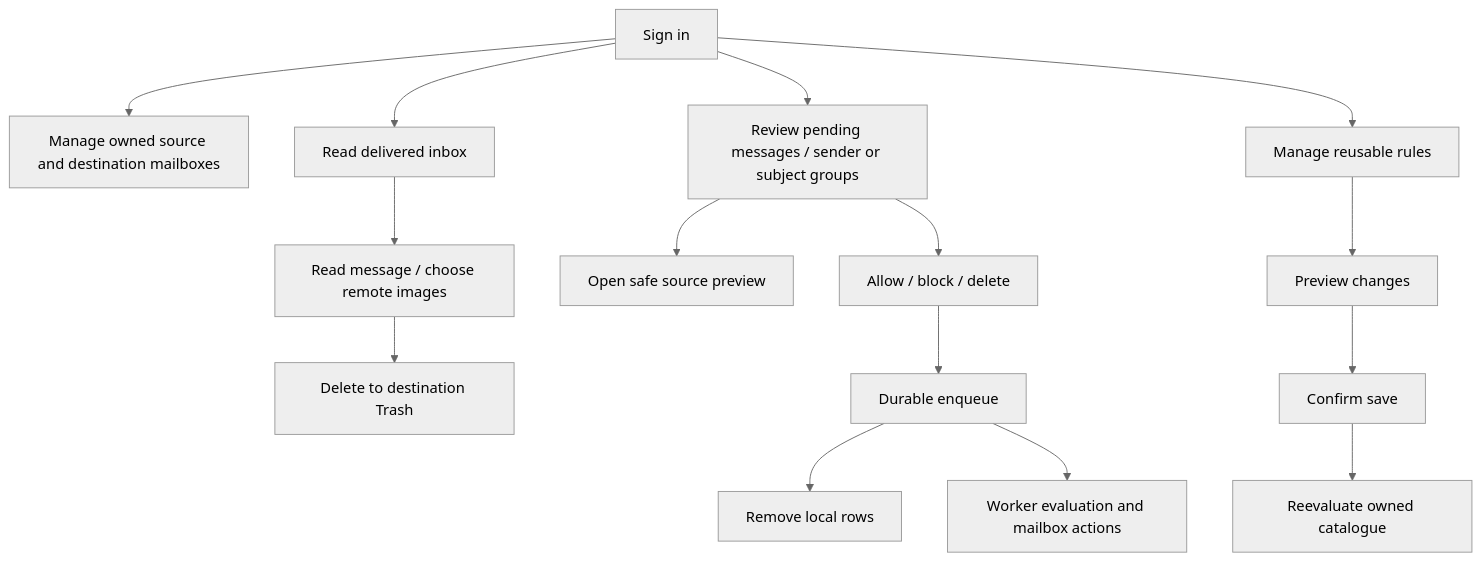
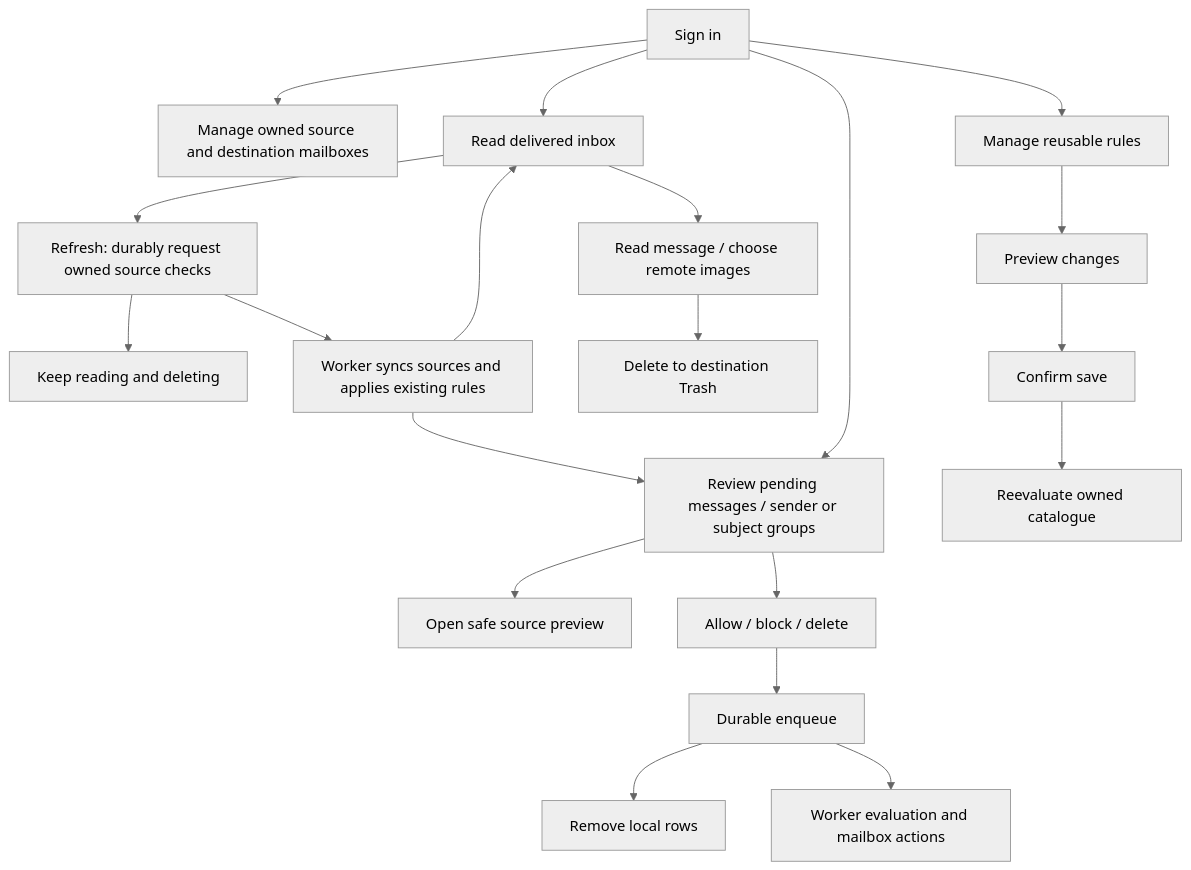
One commit to clintonfrankland/mail-winnow changed the second of 3 diagrams in README.md. Above: the diagram before and after it, drawn with Mermaid (neutral theme). The commit also changed other lines of this file and 12 other files, not shown here.

Commit message:
Fetch source mail from Inbox Refresh without blocking interaction

````diff
--- a/README.md
+++ b/README.md
@@ -187,17 +195,22 @@
 ```mermaid
 flowchart TD
     SignIn[Sign in] --> Mailboxes[Manage owned source and destination mailboxes]
     SignIn --> Inbox[Read delivered inbox]
+    Inbox --> Refresh[Refresh: durably request owned source checks]
+    Refresh --> Continue[Keep reading and deleting]
+    Refresh --> Background[Worker syncs sources and applies existing rules]
+    Background --> Inbox
+    Background --> Review
     Inbox --> Read[Read message / choose remote images]
     Read --> Trash[Delete to destination Trash]
     SignIn --> Review[Review pending messages / sender or subject groups]
     Review --> Preview[Open safe source preview]
     Review --> Decision[Allow / block / delete]
     Decision --> Accepted[Durable enqueue]
     Accepted --> Removed[Remove local rows]
     Accepted --> Processing[Worker evaluation and mailbox actions]
     SignIn --> Rules[Manage reusable rules]
     Rules --> Impact[Preview changes]
     Impact --> Confirm[Confirm save]
     Confirm --> Evaluation[Reevaluate owned catalogue]
 ```
````
